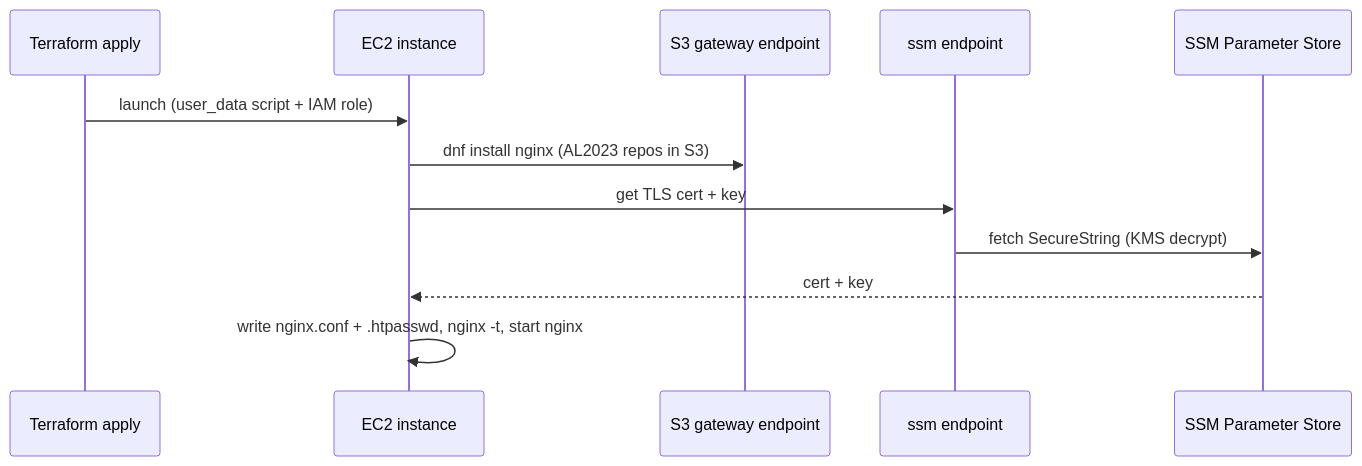
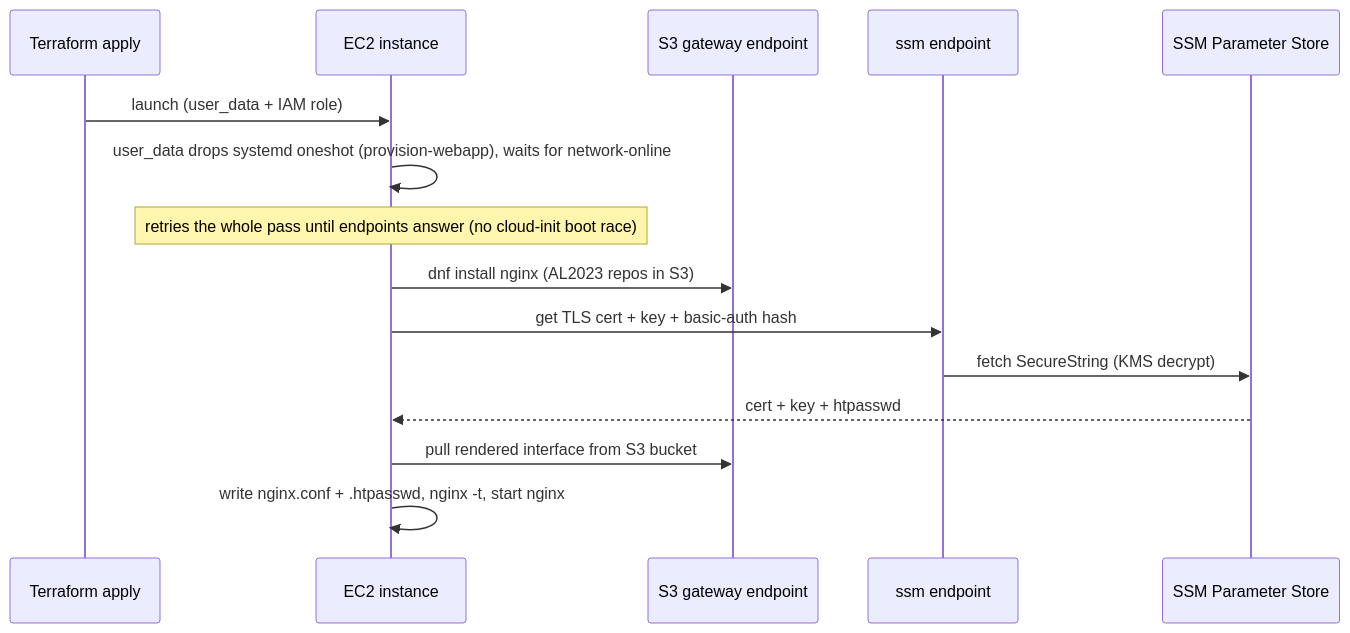
One commit to SeracBio/Px_interface changed the third of 3 diagrams in docs/aws_architecture_mermaid.shared.md. Above: the diagram before and after it, drawn with Mermaid. The commit also changed other lines of this file and 12 other files, not shown here.

````diff
--- a/docs/aws_architecture_mermaid.shared.md
+++ b/docs/aws_architecture_mermaid.shared.md
@@ -119,15 +130,18 @@
 ```mermaid
 sequenceDiagram
     participant TF as Terraform apply
     participant EC2 as EC2 instance
     participant S3EP as S3 gateway endpoint
     participant SSMEP as ssm endpoint
     participant PS as SSM Parameter Store
 
-    TF->>EC2: launch (user_data script + IAM role)
+    TF->>EC2: launch (user_data + IAM role)
+    EC2->>EC2: user_data drops systemd oneshot (provision-webapp), waits for network-online
+    Note over EC2: retries the whole pass until endpoints answer (no cloud-init boot race)
     EC2->>S3EP: dnf install nginx (AL2023 repos in S3)
-    EC2->>SSMEP: get TLS cert + key
+    EC2->>SSMEP: get TLS cert + key + basic-auth hash
     SSMEP->>PS: fetch SecureString (KMS decrypt)
-    PS-->>EC2: cert + key
+    PS-->>EC2: cert + key + htpasswd
+    EC2->>S3EP: pull rendered interface from S3 bucket
     EC2->>EC2: write nginx.conf + .htpasswd, nginx -t, start nginx
 ```
````
